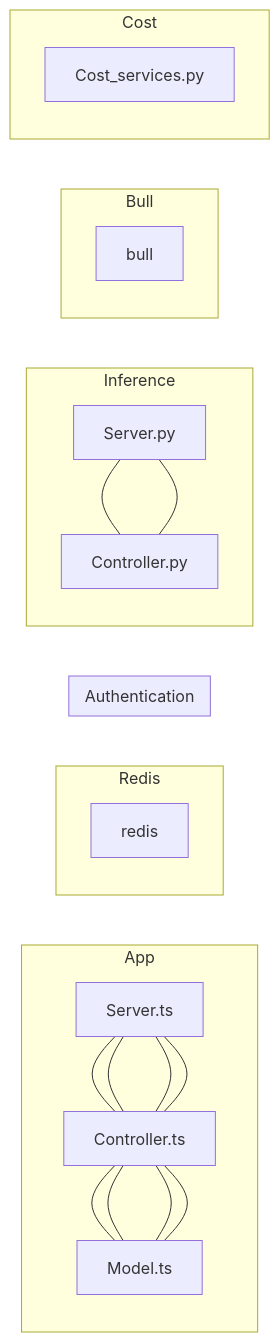
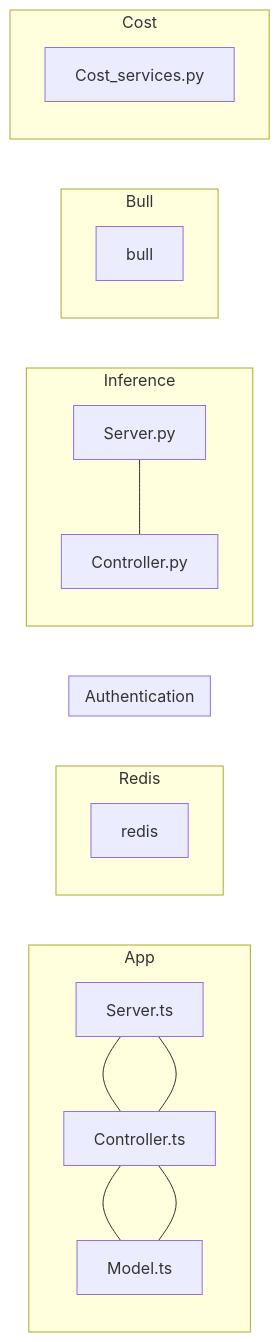
Before and after one commit to AgneseBruglia/PA2024: the second of 8 diagrams in README.md, drawn with Mermaid.

````diff
--- a/README.md
+++ b/README.md
@@ -30,35 +30,35 @@
 ```mermaid
 graph LR;
     subgraph App
     Server.ts --- Controller.ts 
-    Controller.ts --- Server.ts
-    Model.ts --- Controller.ts
+    Controller.ts 
+    Model.ts 
     Controller.ts --- Model.ts
     end
 
     subgraph Redis
     redis
     end
 
     subgraph Authentication
     Server.ts --- Controller.ts
-    Controller.ts --- Server.ts
-    Model.ts --- Controller.ts
+    Controller.ts 
+    Model.ts 
     Controller.ts --- Model.ts
     end
 
     subgraph Inference
     Server.py --- Controller.py
-    Controller.py --- Server.py
+    Controller.py
     end
 
     subgraph Bull
     bull
     end
 
     subgraph Cost
     Cost_services.py
     end 
 
     
 ```
````
